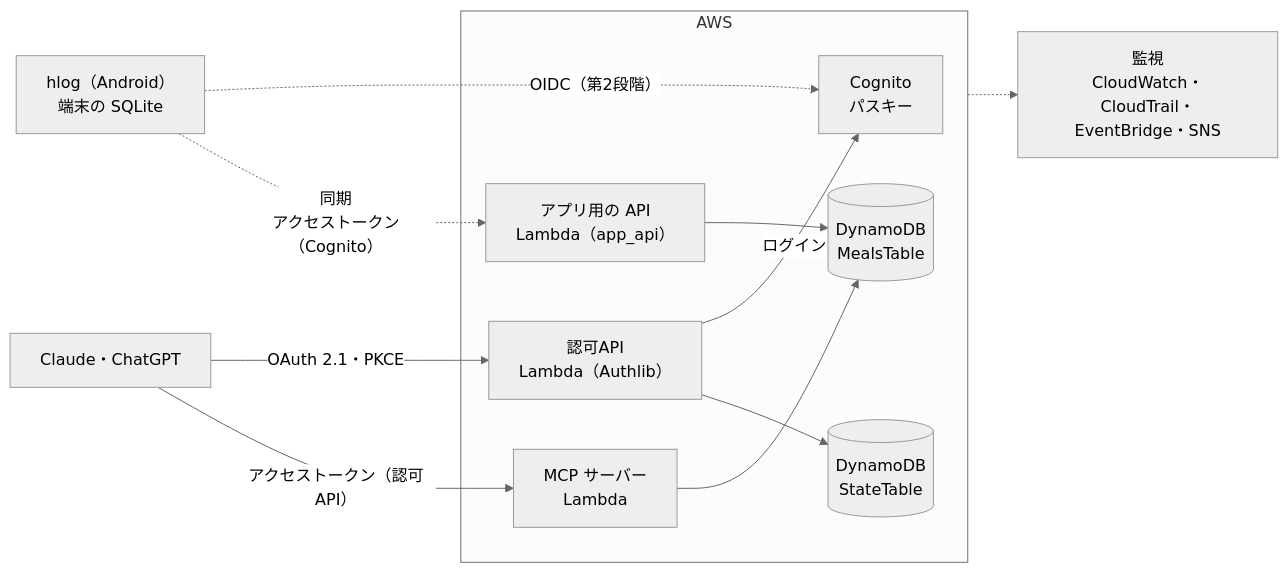
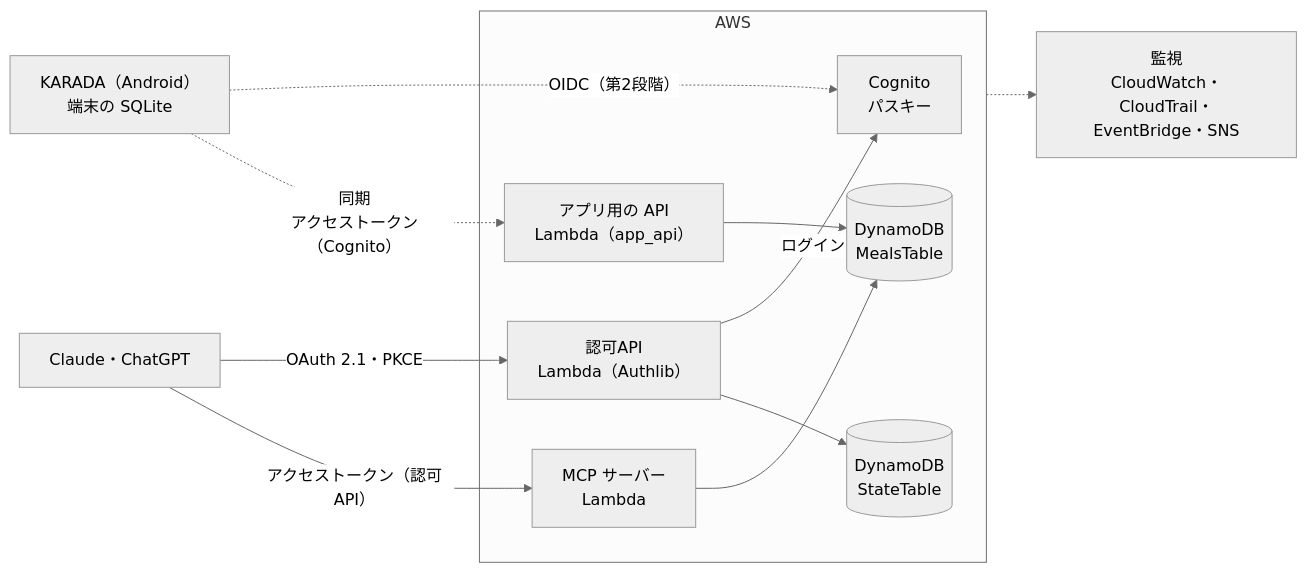
Before and after one commit to ykitaza/health-log: the diagram in README.md, drawn with Mermaid (neutral theme). The commit also changed other lines of this file and 70 other files, not shown here.

````diff
--- a/README.md
+++ b/README.md
@@ -24,24 +24,24 @@
 ```mermaid
 flowchart LR
-  app["hlog（Android）<br>端末の SQLite"]
+  app["KARADA（Android）<br>端末の SQLite"]
   chat["Claude・ChatGPT"]
   subgraph aws["AWS"]
     cognito["Cognito<br>パスキー"]
     authz["認可API<br>Lambda（Authlib）"]
     mcp["MCP サーバー<br>Lambda"]
     appapi["アプリ用の API<br>Lambda（app_api）"]
     meals[("DynamoDB<br>MealsTable")]
     state[("DynamoDB<br>StateTable")]
   end
   mon["監視<br>CloudWatch・CloudTrail・EventBridge・SNS"]
 
   chat -- "OAuth 2.1・PKCE" --> authz
   authz -- ログイン --> cognito
   authz --> state
   chat -- "アクセストークン（認可API）" --> mcp
   app -. "OIDC（第2段階）" .-> cognito
   app -. "同期<br>アクセストークン（Cognito）" .-> appapi
   mcp --> meals
   appapi --> meals
   aws -.-> mon
 ```
````
